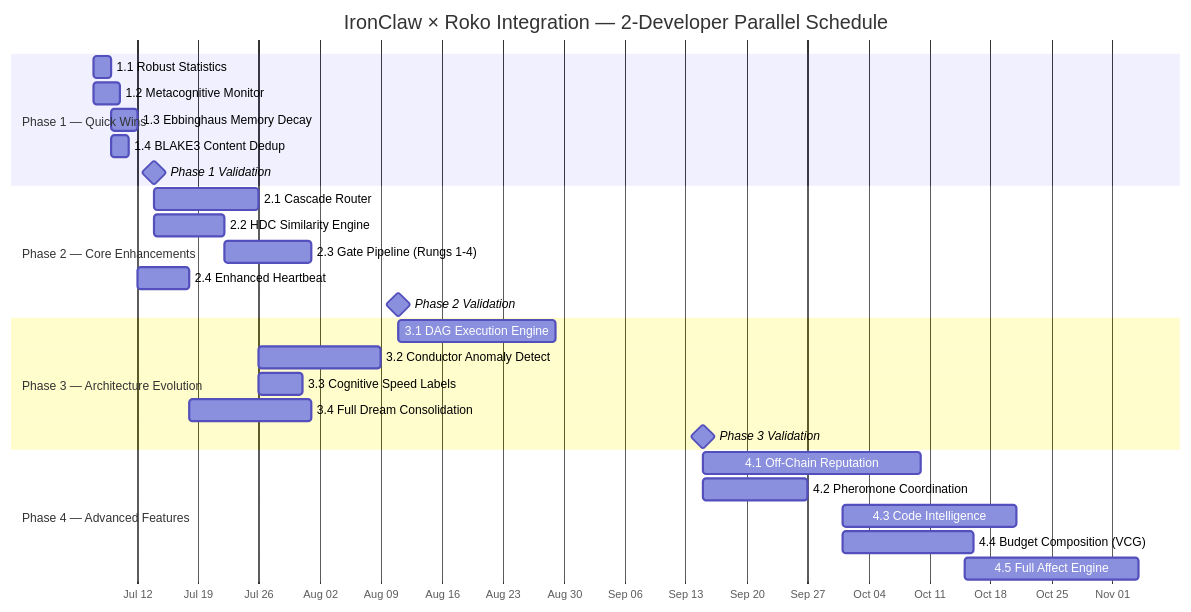
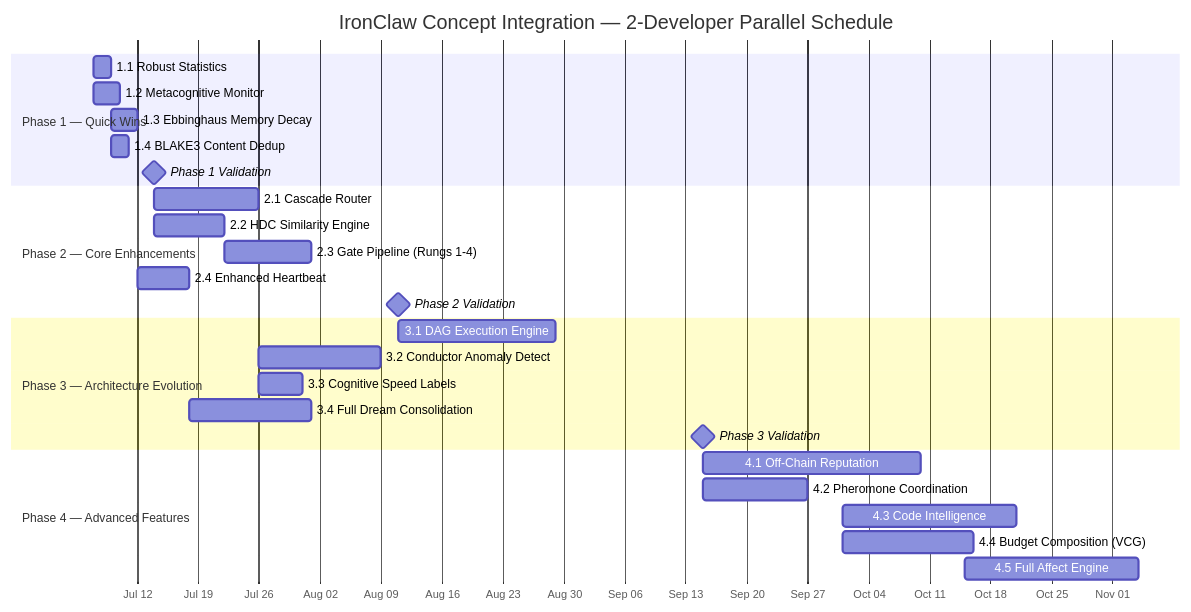
The first of 2 diagrams in tmp/implementation/README.md (wpank/ironclaw), drawn with Mermaid before and after one commit. The commit also changed other lines of this file and 113 other files, not shown here.

````diff
--- a/tmp/implementation/README.md
+++ b/tmp/implementation/README.md
@@ -49,34 +53,34 @@
 ```mermaid
 gantt
-    title IronClaw × Roko Integration — 2-Developer Parallel Schedule
+    title IronClaw Concept Integration — 2-Developer Parallel Schedule
     dateFormat YYYY-MM-DD
     axisFormat %b %d
 
     section Phase 1 — Quick Wins
     1.1 Robust Statistics        :p11, 2026-07-07, 2d
     1.2 Metacognitive Monitor    :p12, 2026-07-07, 3d
     1.3 Ebbinghaus Memory Decay  :p13, 2026-07-09, 3d
     1.4 BLAKE3 Content Dedup     :p14, 2026-07-09, 2d
     Phase 1 Validation           :milestone, 2026-07-14, 0d
 
     section Phase 2 — Core Enhancements
     2.1 Cascade Router           :p21, 2026-07-14, 12d
     2.2 HDC Similarity Engine    :p22, 2026-07-14, 8d
     2.3 Gate Pipeline (Rungs 1-4):p23, 2026-07-22, 10d
     2.4 Enhanced Heartbeat       :p24, after p13, 6d
     Phase 2 Validation           :milestone, 2026-08-11, 0d
 
     section Phase 3 — Architecture Evolution
     3.1 DAG Execution Engine     :p31, 2026-08-11, 18d
     3.2 Conductor Anomaly Detect :after p21, 14d
     3.3 Cognitive Speed Labels   :after p21, 5d
     3.4 Full Dream Consolidation :after p24, 14d
     Phase 3 Validation           :milestone, 2026-09-15, 0d
 
     section Phase 4 — Advanced Features
     4.1 Off-Chain Reputation     :2026-09-15, 25d
     4.2 Pheromone Coordination   :2026-09-15, 12d
     4.3 Code Intelligence        :2026-10-01, 20d
     4.4 Budget Composition (VCG) :2026-10-01, 15d
     4.5 Full Affect Engine       :2026-10-15, 20d
 ```
````
